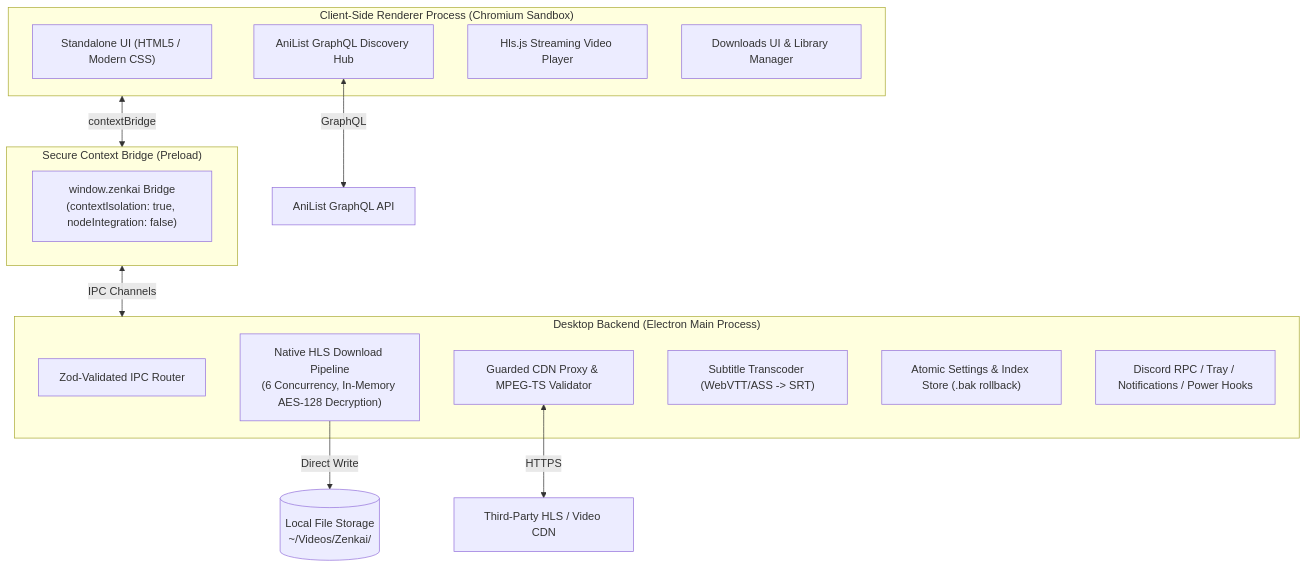
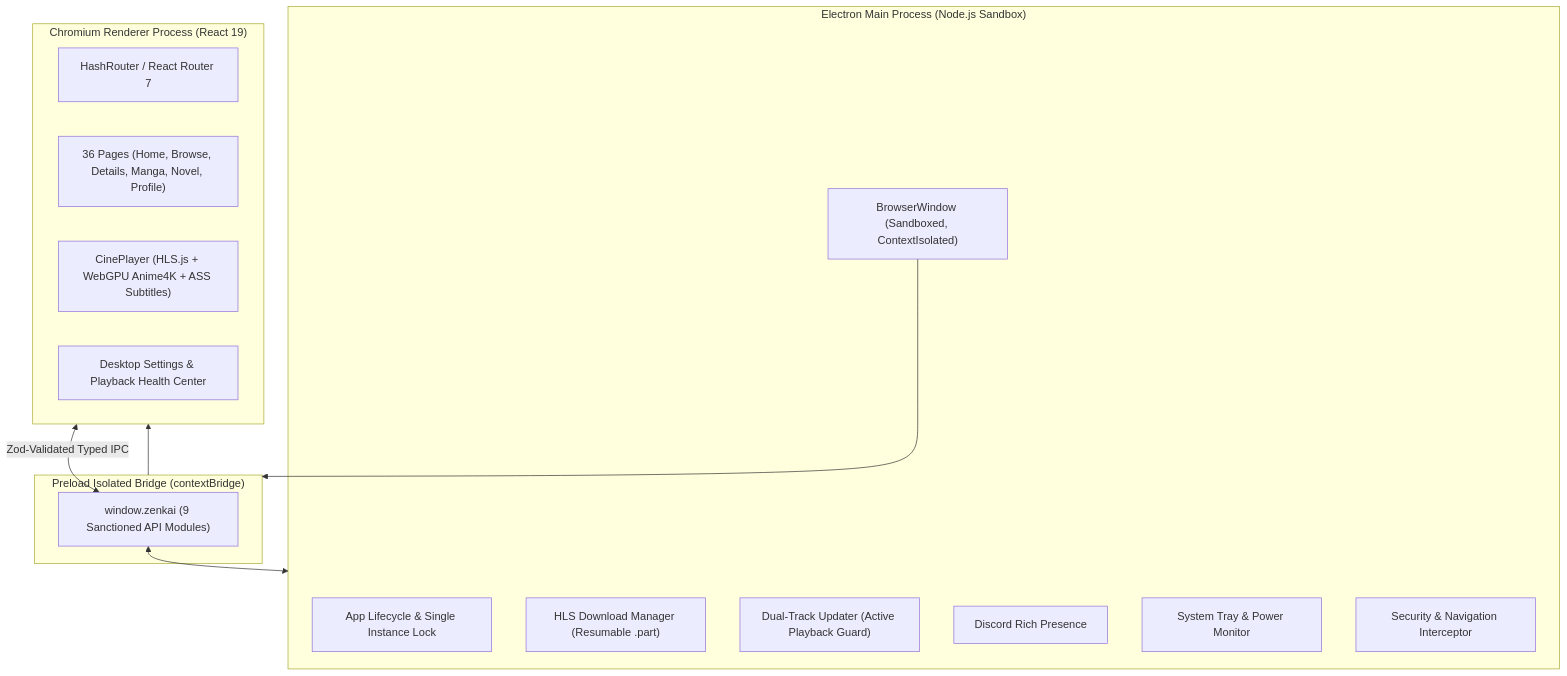
Before and after one commit to johan-droid/Zenkai-Desktop-: the second of 2 diagrams in README.md, drawn with Mermaid. The commit also changed other lines of this file and 11 other files, not shown here.

````diff
--- a/README.md
+++ b/README.md
@@ -203,28 +300,28 @@
 ```mermaid
 flowchart TD
-    subgraph RendererProcess["Client-Side Renderer Process (Chromium Sandbox)"]
-        UI["Standalone UI (HTML5 / Modern CSS)"]
-        Discovery["AniList GraphQL Discovery Hub"]
-        Player["Hls.js Streaming Video Player"]
-        DownloadsHub["Downloads UI & Library Manager"]
+    subgraph Main_Process["Electron Main Process (Node.js Sandbox)"]
+        APP["App Lifecycle & Single Instance Lock"]
+        WIN["BrowserWindow (Sandboxed, ContextIsolated)"]
+        DL["HLS Download Manager (Resumable .part)"]
+        UP["Dual-Track Updater (Active Playback Guard)"]
+        RPC["Discord Rich Presence"]
+        TRAY["System Tray & Power Monitor"]
+        SEC["Security & Navigation Interceptor"]
     end
 
-    subgraph PreloadBoundary["Secure Context Bridge (Preload)"]
-        Bridge["window.zenkai Bridge\n(contextIsolation: true, nodeIntegration: false)"]
+    subgraph Preload["Preload Isolated Bridge (contextBridge)"]
+        BRIDGE["window.zenkai (9 Sanctioned API Modules)"]
     end
 
-    subgraph MainProcess["Desktop Backend (Electron Main Process)"]
-        IPC["Zod-Validated IPC Router"]
-        Downloader["Native HLS Download Pipeline\n(6 Concurrency, In-Memory AES-128 Decryption)"]
-        Proxy["Guarded CDN Proxy & MPEG-TS Validator"]
-        Subtitles["Subtitle Transcoder (WebVTT/ASS -> SRT)"]
-        State["Atomic Settings & Index Store (.bak rollback)"]
-        Integrations["Discord RPC / Tray / Notifications / Power Hooks"]
+    subgraph Renderer["Chromium Renderer Process (React 19)"]
+        ROUTER["HashRouter / React Router 7"]
+        PAGES["36 Pages (Home, Browse, Details, Manga, Novel, Profile)"]
+        CINE["CinePlayer (HLS.js + WebGPU Anime4K + ASS Subtitles)"]
+        SETTINGS["Desktop Settings & Playback Health Center"]
     end
 
-    RendererProcess <-->|contextBridge| PreloadBoundary
-    PreloadBoundary <-->|IPC Channels| MainProcess
-    Downloader -->|Direct Write| Disk[("Local File Storage\n~/Videos/Zenkai/")]
-    Proxy <-->|HTTPS| StreamCDN["Third-Party HLS / Video CDN"]
-    Discovery <-->|GraphQL| AniList["AniList GraphQL API"]
+    WIN --> Preload
+    Preload --> Renderer
+    Renderer <-->|Zod-Validated Typed IPC| BRIDGE
+    BRIDGE <--> Main_Process
 ```
````
